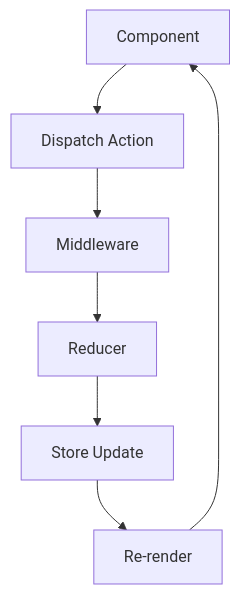
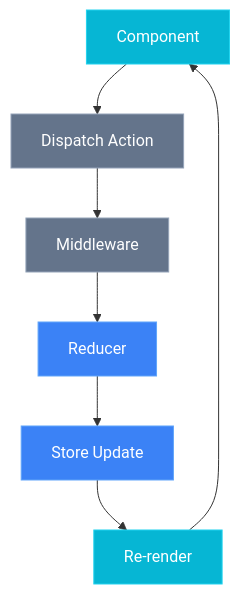
The diagram in examples/state/management.flow.md (Epsilondelta-ai/flowbook), drawn with Mermaid before and after one commit. The commit also changed 6 other files, not shown here.

Commit message:
feat: flow-group coloring in SKILL.md and examples — LLM colors by logical flow group instead of node shape

````diff
--- a/examples/state/management.flow.md
+++ b/examples/state/management.flow.md
@@ -9,9 +9,17 @@
 ```mermaid
 flowchart TD
     A[Component] --> B[Dispatch Action]
     B --> C[Middleware]
     C --> D[Reducer]
     D --> E[Store Update]
     E --> F[Re-render]
     F --> A
+
+    classDef ui fill:#06b6d4,stroke:#22d3ee,color:#fff
+    classDef processing fill:#64748b,stroke:#94a3b8,color:#fff
+    classDef data fill:#3b82f6,stroke:#60a5fa,color:#fff
+
+    class A,F ui
+    class B,C processing
+    class D,E data
 ```
````
